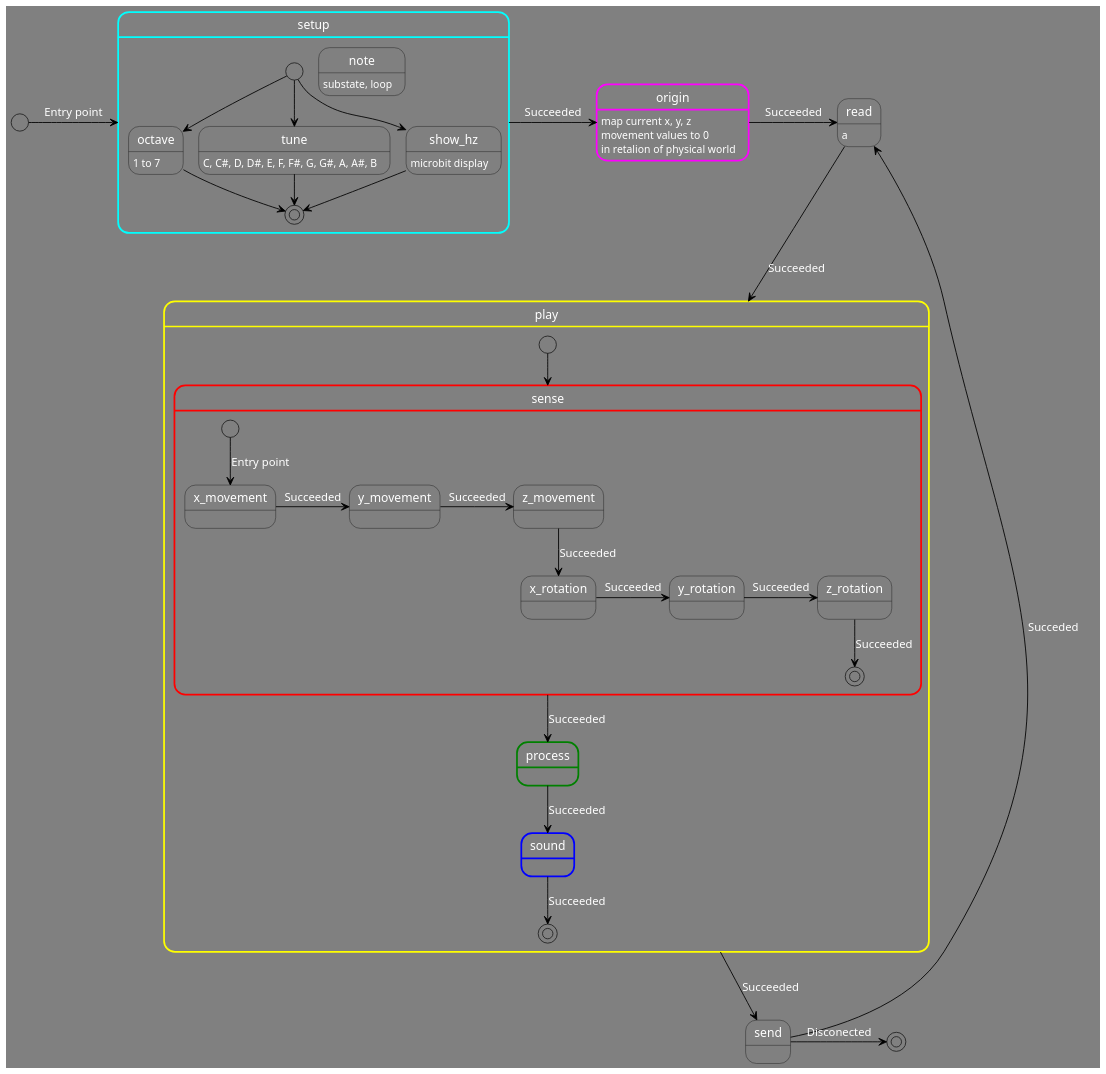
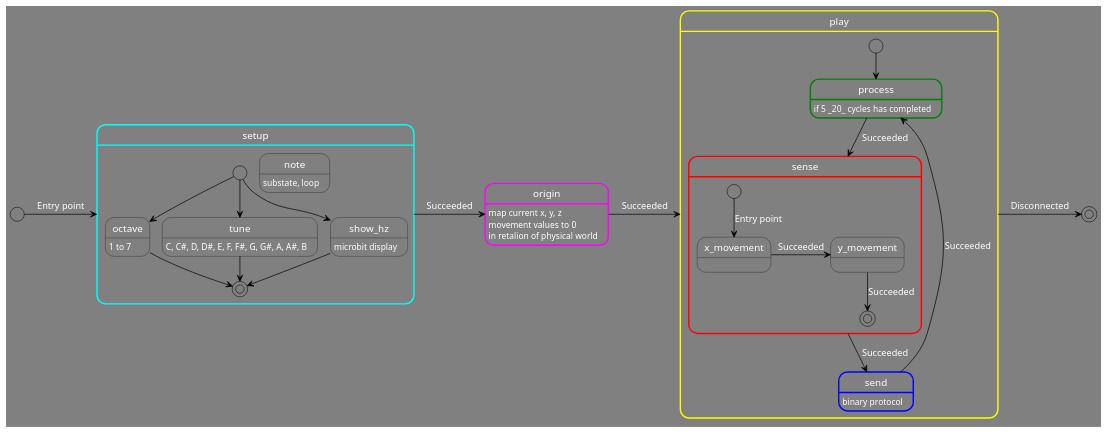
One commit to jfUPB/bitacorassfi12024-10-LemurWater changed the diagram in Unidad3/puml/state_machine.puml. Above: the diagram before and after it, drawn with PlantUML.

Commit message:
AGREGADO: cliente-servidor con pregunta

```diff
--- a/Unidad3/puml/state_machine.puml
+++ b/Unidad3/puml/state_machine.puml
@@ -1,89 +1,78 @@
 @startuml
 
 scale 1920 width
 
 <style>
 stateDiagram {
   BackgroundColor grey
   'LineColor white
   FontName Impact
   FontColor white
   arrow {
     FontSize 13
     LineColor black
   }
 }
 </style>
 
 
 
 [*] -> setup : Entry point
 
 state setup ##[bold]cyan {
     [*] --> octave
     note: substate, loop
     [*] --> tune
     [*] --> show_hz
 
     state octave {
         octave: 1 to 7
     }
     state tune {
         tune: C, C#, D, D#, E, F, F#, G, G#, A, A#, B
     }
     state show_hz {
     show_hz: microbit display
     }
 
 
     octave --> [*]
     tune --> [*]
     show_hz --> [*]
 
 }
 setup -> origin : Succeeded
 
 
 state origin ##[bold]magenta {
     origin: map current x, y, z
     origin: movement values to 0
     origin: in retalion of physical world
 }
-origin -> read : Succeeded
+origin -> play : Succeeded
 
-state read {
- read: a
-}
-read --> play : Succeeded
 
 state play ##[bold]yellow {
-    [*] --> sense
+    [*] --> process
+    state process ##[bold]green {
+        process: if 5 _20_ cycles has completed
+    }
+    process --> sense : Succeeded
+ 
+
     state sense ##[bold]red {
     [*] --> x_movement : Entry point
     x_movement -> y_movement: Succeeded
-    y_movement -> z_movement: Succeeded
-    z_movement --> x_rotation: Succeeded
-    x_rotation -> y_rotation: Succeeded
-    y_rotation -> z_rotation: Succeeded
-    z_rotation --> [*]: Succeeded
+    y_movement --> [*]: Succeeded
     }
-    sense --> process : Succeeded
+    sense --> send : Succeeded
  
 
-    state process ##[bold]green {
+    state send ##[bold]blue {
+        send: binary protocol
     }
-    process --> sound : Succeeded
- 
-
-    state sound ##[bold]blue {
-    }
-    sound --> [*]: Succeeded
+    send --> process: Succeeded
 }
-play --> send : Succeeded
-
-state send {
-}
-send -> read : Succeded
-send -> [*] : Disconected
+play -> [*] : Disconnected
 
 @enduml
```
